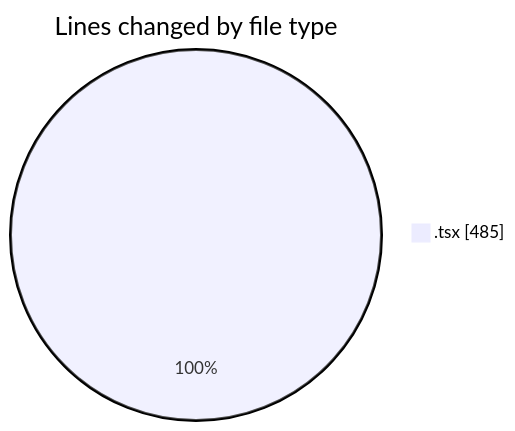
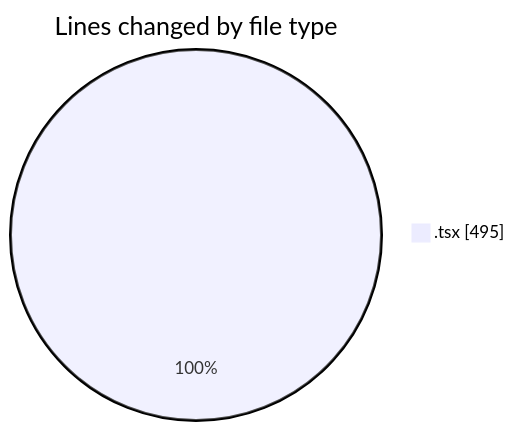
One commit to robertbonfada/code-tracking changed the first of 2 diagrams in 2025-03-12/termonied-web/README.md. Above: the diagram before and after it, drawn with Mermaid. The commit also changed other lines of this file and 1 other file, not shown here.

````diff
--- a/2025-03-12/termonied-web/README.md
+++ b/2025-03-12/termonied-web/README.md
@@ -21,5 +21,5 @@
 ```mermaid
 pie showData
 title Lines changed by file type
-".tsx" : 485
+".tsx" : 495
 ```
````
